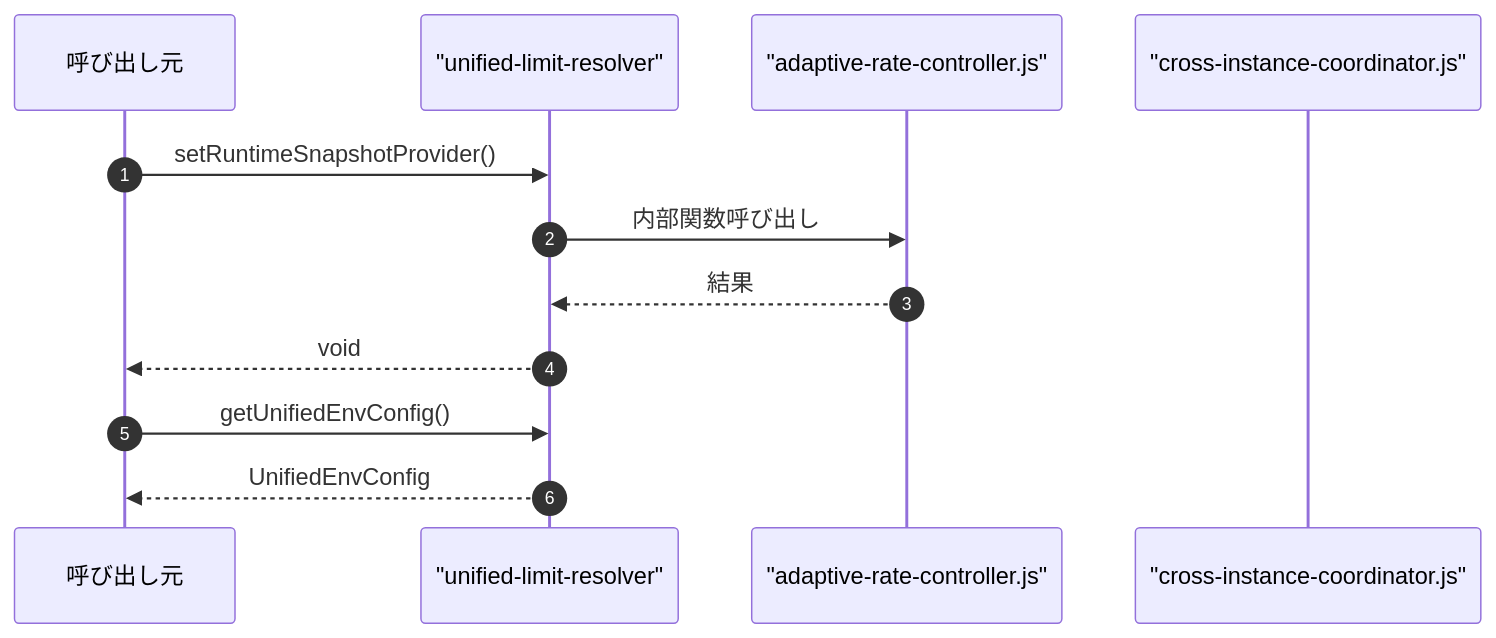
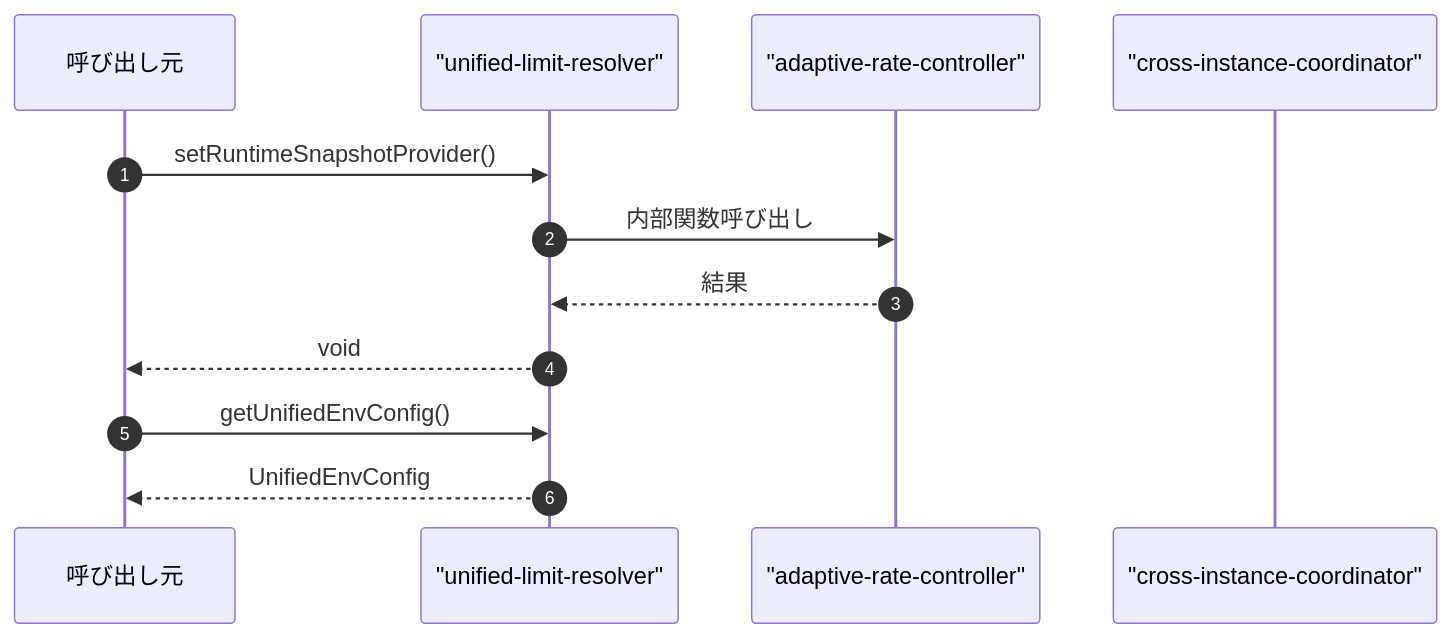
Before and after one commit to Mekann2904/mekann: the fourth of 4 diagrams in ABDD/.pi/lib/unified-limit-resolver.md, drawn with Mermaid. The commit also changed other lines of this file and 174 other files, not shown here.

First line of the commit message:
fix(docs): ABDDのMermaid図生成エラーを修正する

````diff
--- a/ABDD/.pi/lib/unified-limit-resolver.md
+++ b/ABDD/.pi/lib/unified-limit-resolver.md
@@ -112,16 +112,16 @@
 ```mermaid
 sequenceDiagram
   autonumber
   participant Caller as 呼び出し元
   participant unified_limit_resolver as "unified-limit-resolver"
-  participant adaptive_rate_controller_js as "adaptive-rate-controller.js"
-  participant cross_instance_coordinator_js as "cross-instance-coordinator.js"
+  participant adaptive_rate_controller as "adaptive-rate-controller"
+  participant cross_instance_coordinator as "cross-instance-coordinator"
 
   Caller->>unified_limit_resolver: setRuntimeSnapshotProvider()
-  unified_limit_resolver->>adaptive_rate_controller_js: 内部関数呼び出し
-  adaptive_rate_controller_js-->>unified_limit_resolver: 結果
+  unified_limit_resolver->>adaptive_rate_controller: 内部関数呼び出し
+  adaptive_rate_controller-->>unified_limit_resolver: 結果
   unified_limit_resolver-->>Caller: void
 
   Caller->>unified_limit_resolver: getUnifiedEnvConfig()
   unified_limit_resolver-->>Caller: UnifiedEnvConfig
 ```
````
